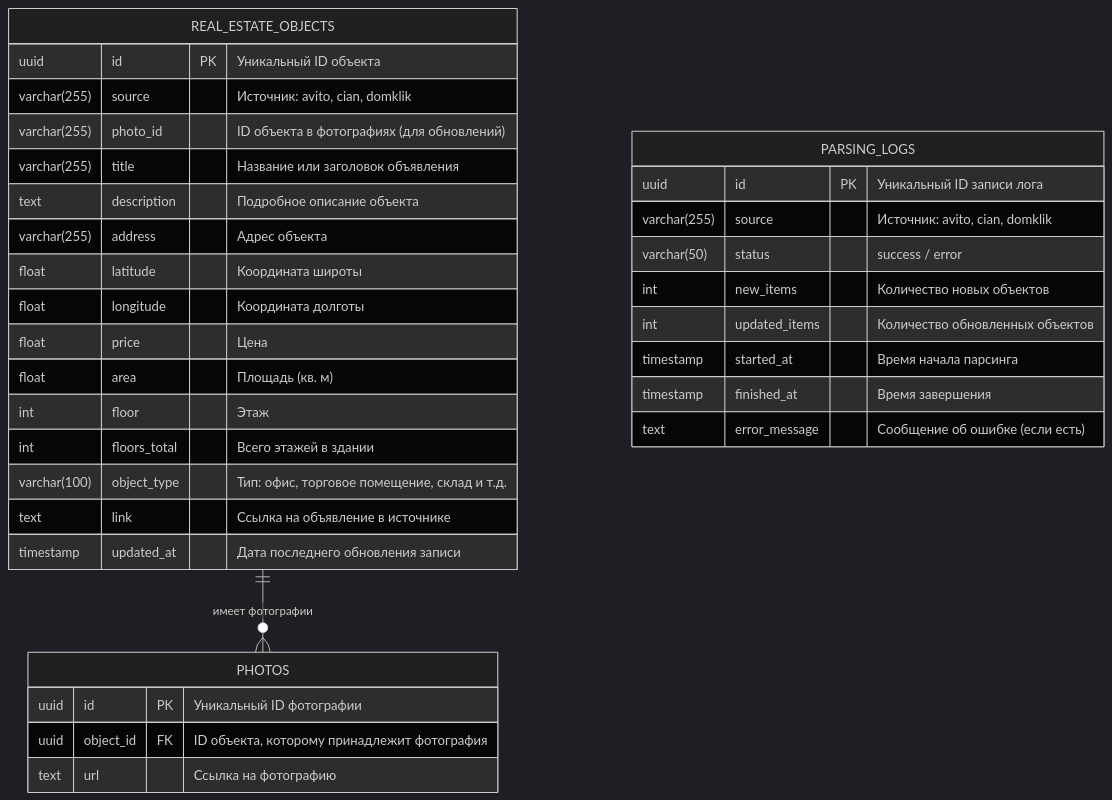
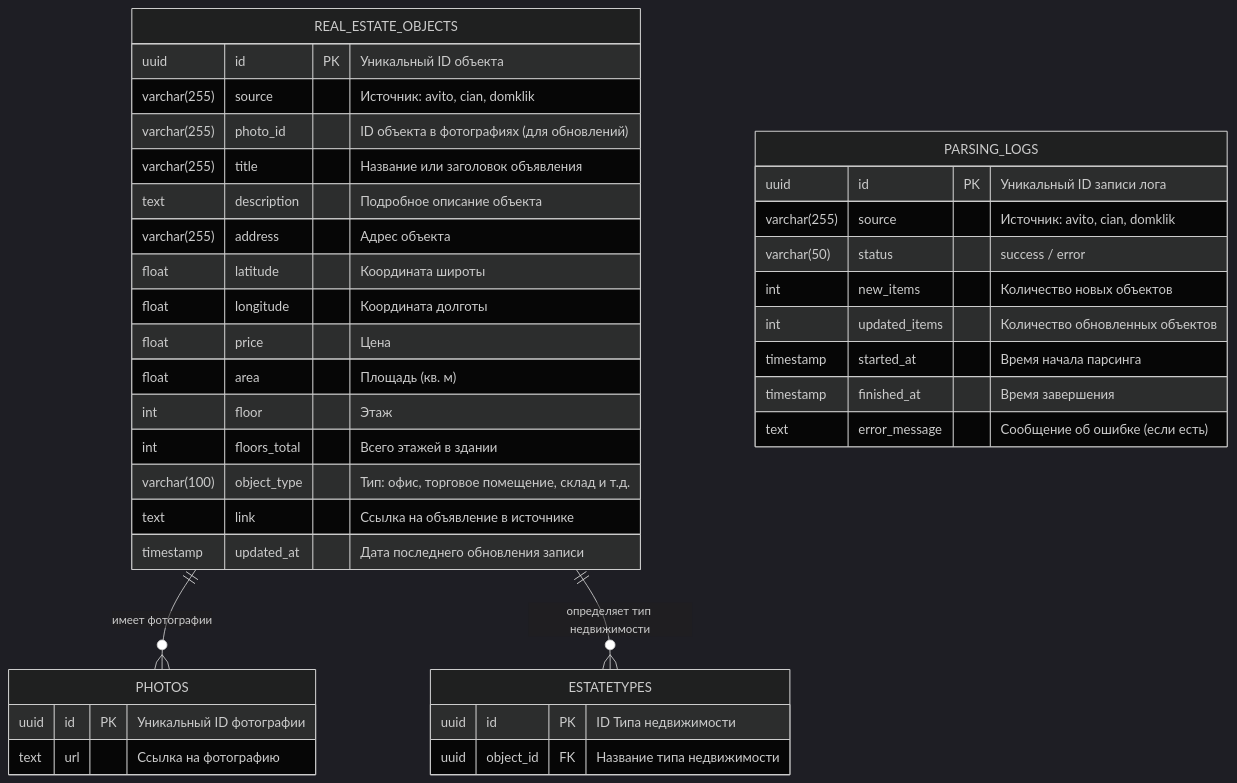
The diagram in docs/database.md (BruhWhyMeHaveNoIdea/hackathon), drawn with Mermaid (dark theme) before and after one commit.

````diff
--- a/docs/database.md
+++ b/docs/database.md
@@ -1,40 +1,45 @@
 ```mermaid
 erDiagram
 
     REAL_ESTATE_OBJECTS ||--o{ PHOTOS : "имеет фотографии"
+    REAL_ESTATE_OBJECTS ||--o{ ESTATETYPES : "определяет тип недвижимости"
 
     REAL_ESTATE_OBJECTS {
         uuid id PK "Уникальный ID объекта"
         varchar(255) source "Источник: avito, cian, domklik"
         varchar(255) photo_id "ID объекта в фотографиях (для обновлений)"
         varchar(255) title "Название или заголовок объявления"
         text description "Подробное описание объекта"
         varchar(255) address "Адрес объекта"
         float latitude "Координата широты"
         float longitude "Координата долготы"
         float price "Цена"
         float area "Площадь (кв. м)"
         int floor "Этаж"
         int floors_total "Всего этажей в здании"
         varchar(100) object_type "Тип: офис, торговое помещение, склад и т.д."
         text link "Ссылка на объявление в источнике"
         timestamp updated_at "Дата последнего обновления записи"
     }
 
     PHOTOS {
         uuid id PK "Уникальный ID фотографии"
-        uuid object_id FK "ID объекта, которому принадлежит фотография"
         text url "Ссылка на фотографию"
+    }
+
+    ESTATETYPES {
+        uuid id PK "ID Типа недвижимости"
+        uuid object_id FK "Название типа недвижимости"
     }
 
     PARSING_LOGS {
         uuid id PK "Уникальный ID записи лога"
         varchar(255) source "Источник: avito, cian, domklik"
         varchar(50) status "success / error"
         int new_items "Количество новых объектов"
         int updated_items "Количество обновленных объектов"
         timestamp started_at "Время начала парсинга"
         timestamp finished_at "Время завершения"
         text error_message "Сообщение об ошибке (если есть)"
     }
 ```
````
